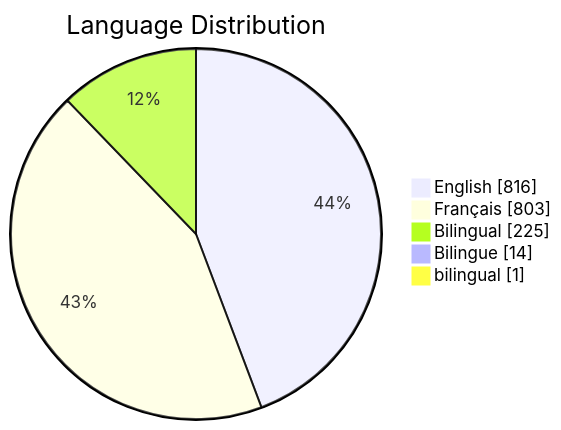
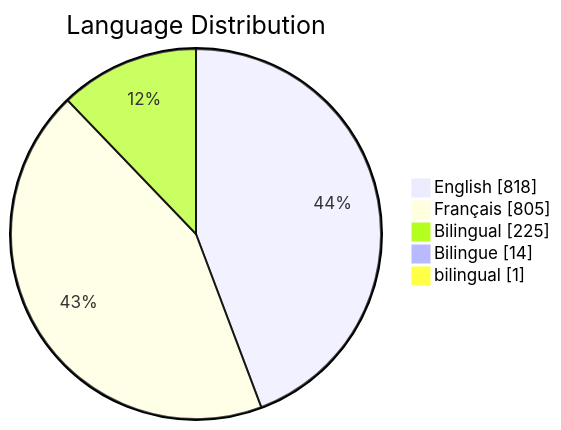
Before and after one commit to PatLittle/GC-Socials: the third of 6 diagrams in README.md, drawn with Mermaid. The commit also changed other lines of this file, not shown here.

Commit message:
Update README with Platform Distribution pie chart

````diff
--- a/README.md
+++ b/README.md
@@ -66,8 +66,8 @@
 ```mermaid
 pie showData title Language Distribution
-    "English": 816
-    "Français": 803
+    "English": 818
+    "Français": 805
     "Bilingual": 225
     "Bilingue": 14
     "bilingual": 1
 ```
````
